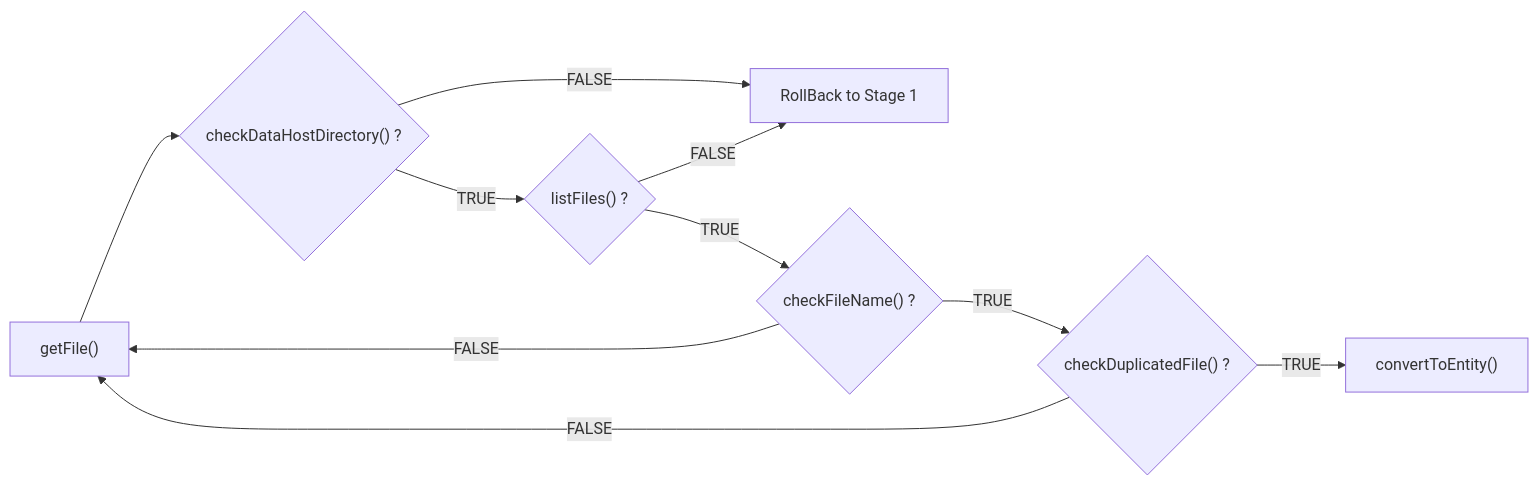
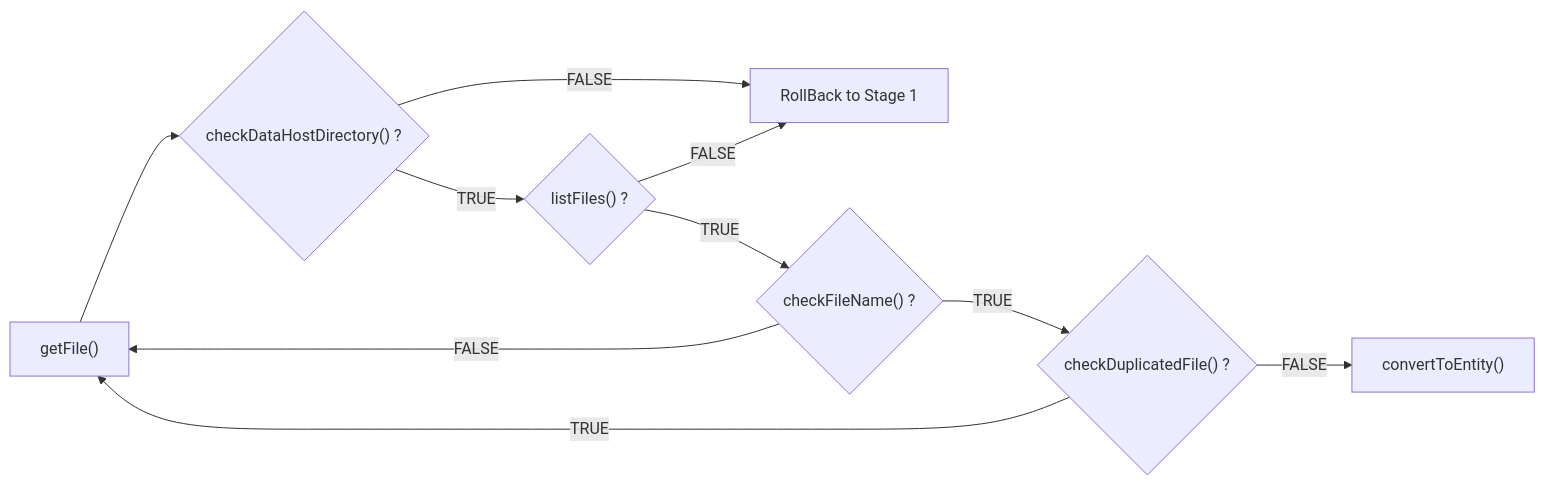
Before and after one commit to luthfiadityaa/SimeDarby-Wiki: the seventh of 7 diagrams in Basic-Design/Host-Interfaces.md, drawn with Mermaid.

Commit message:
Updated Host Interfaces

```diff
--- a/Basic-Design/Host-Interfaces.md
+++ b/Basic-Design/Host-Interfaces.md
@@ -545,12 +545,12 @@
 ::: mermaid
 flowchart LR
  C1["getFile()"] --> Cond1{"checkDataHostDirectory() ?"}
  Cond1 --> |FALSE| C3[RollBack to Stage 1]
  Cond1 --> |TRUE| Cond2{"listFiles() ?"}  
  Cond2 --> |FALSE| C3
  Cond2 --> |TRUE| Cond3{"checkFileName() ?"} 
  Cond3 --> |FALSE| C1
  Cond3 --> |TRUE| Cond4{"checkDuplicatedFile() ?"} 
- Cond4 --> |FALSE| C1
- Cond4 --> |TRUE| C4["convertToEntity()"]
+ Cond4 --> |TRUE| C1
+ Cond4 --> |FALSE| C4["convertToEntity()"]
 :::
```
